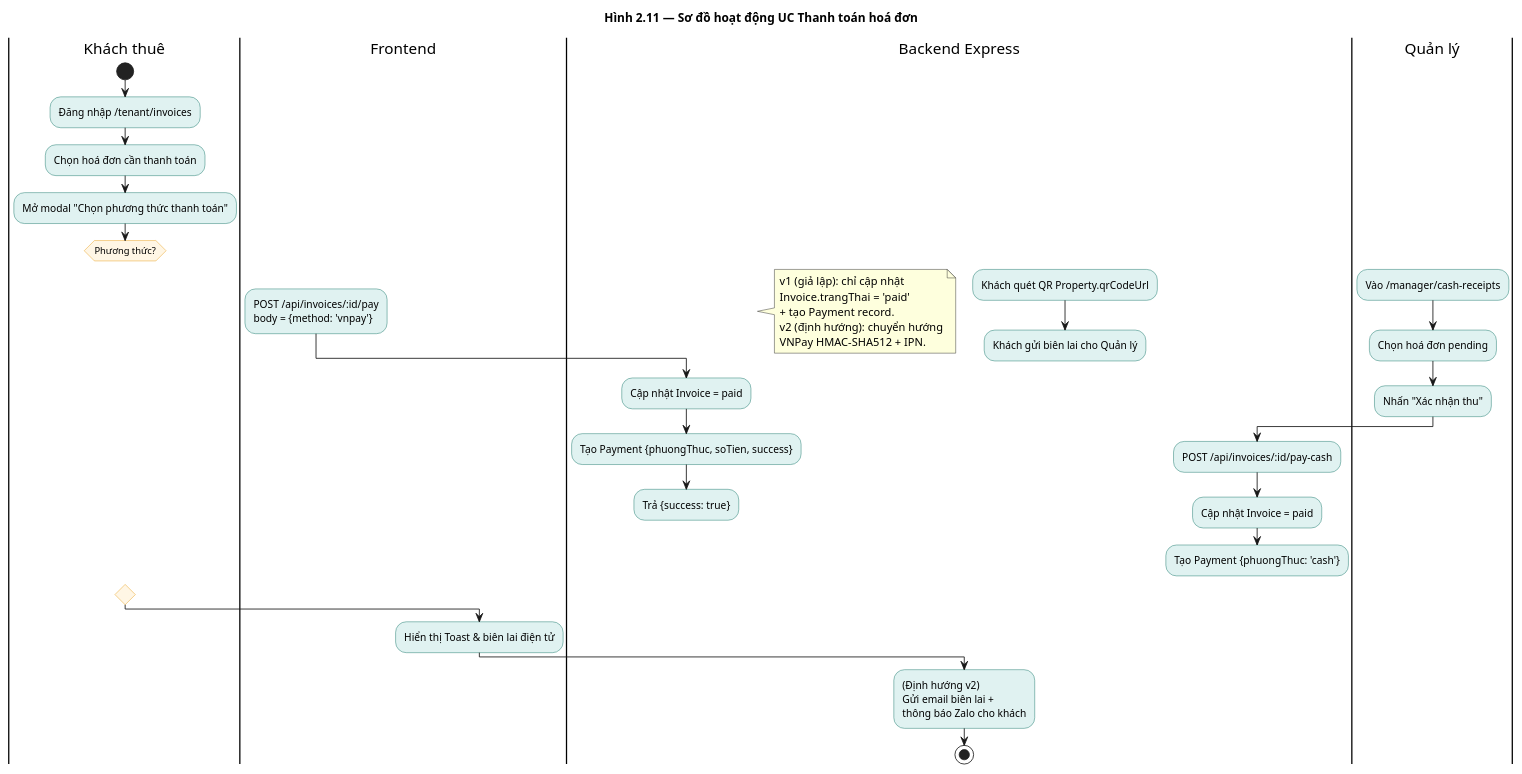
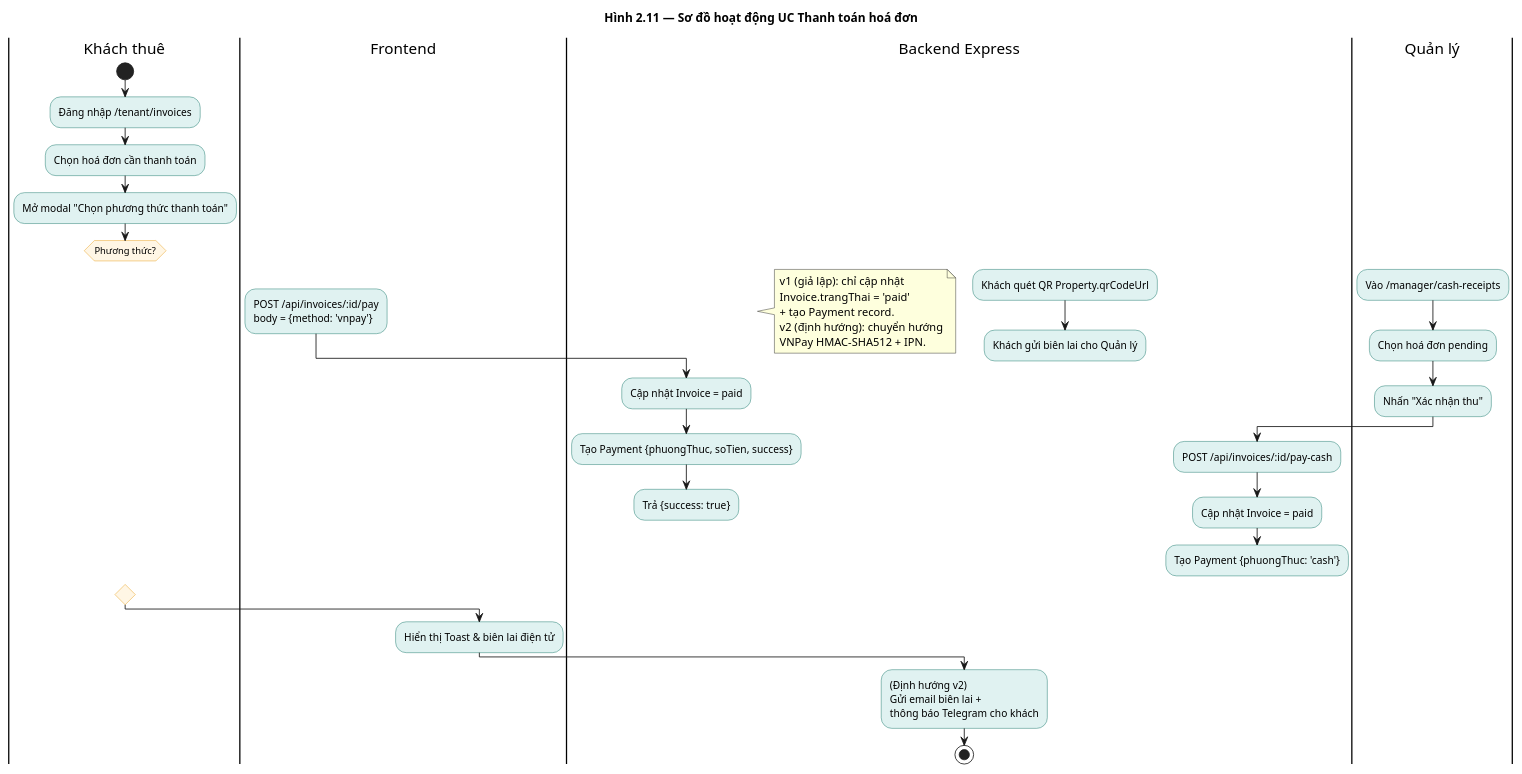
The diagram in docs/diagrams/2.11_act_payment.puml (DiepTuHuy/Hostel_Management), drawn with PlantUML before and after one commit. The commit also changed 32 other files, not shown here.

```diff
--- a/docs/diagrams/2.11_act_payment.puml
+++ b/docs/diagrams/2.11_act_payment.puml
@@ -1,55 +1,55 @@
 @startuml Act_Payment
 title Hình 2.11 — Sơ đồ hoạt động UC Thanh toán hoá đơn
 
 skinparam shadowing false
 skinparam activity {
   BackgroundColor #E0F2F1
   BorderColor #00695C
   DiamondBackgroundColor #FFF6E5
   DiamondBorderColor #E59300
 }
 
 |Khách thuê|
 start
 :Đăng nhập /tenant/invoices;
 :Chọn hoá đơn cần thanh toán;
 :Mở modal "Chọn phương thức thanh toán";
 
 switch (Phương thức?)
 case (VNPay / MoMo - Online)
   |Frontend|
   :POST /api/invoices/:id/pay\nbody = {method: 'vnpay'};
   |Backend Express|
   note right
     v1 (giả lập): chỉ cập nhật
     Invoice.trangThai = 'paid'
     + tạo Payment record.
     v2 (định hướng): chuyển hướng
     VNPay HMAC-SHA512 + IPN.
   end note
   :Cập nhật Invoice = paid;
   :Tạo Payment {phuongThuc, soTien, success};
   :Trả {success: true};
 case (Bank Transfer)
   :Khách quét QR Property.qrCodeUrl;
   :Khách gửi biên lai cho Quản lý;
 case (Tiền mặt)
   |Quản lý|
   :Vào /manager/cash-receipts;
   :Chọn hoá đơn pending;
   :Nhấn "Xác nhận thu";
   |Backend Express|
   :POST /api/invoices/:id/pay-cash;
   :Cập nhật Invoice = paid;
   :Tạo Payment {phuongThuc: 'cash'};
 endswitch
 
 |Frontend|
 :Hiển thị Toast & biên lai điện tử;
 
 |Backend Express|
-:(Định hướng v2)\nGửi email biên lai +\nthông báo Zalo cho khách;
+:(Định hướng v2)\nGửi email biên lai +\nthông báo Telegram cho khách;
 
 stop
 
 @enduml
```
